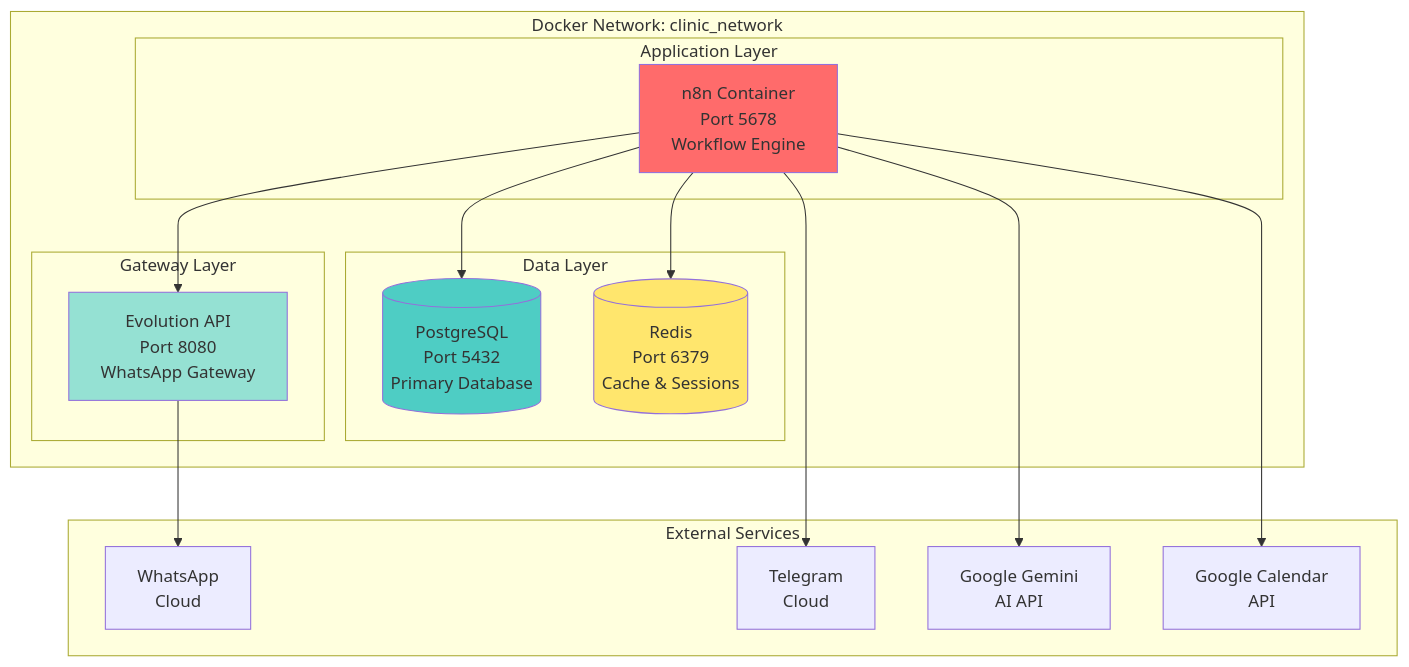
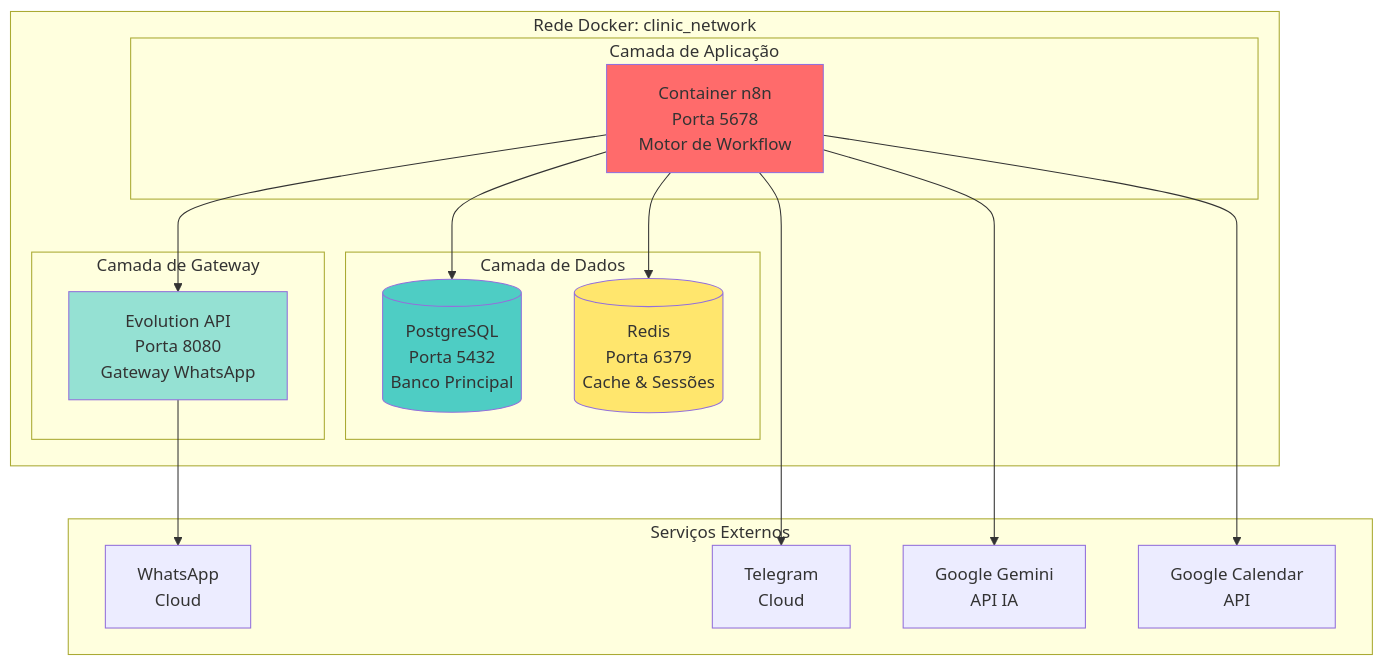
Before and after one commit to RenanLisboa8/n8n-clinic-multiagent: the second of 10 diagrams in docs/ARCHITECTURE.md, drawn with Mermaid. The commit also changed other lines of this file and 3 other files, not shown here.

First line of the commit message:
Translate architecture and deployment documentation to Portuguese

````diff
--- a/docs/ARCHITECTURE.md
+++ b/docs/ARCHITECTURE.md
@@ -77,37 +77,37 @@
 ```mermaid
 graph TB
-    subgraph "Docker Network: clinic_network"
-        subgraph "Application Layer"
-            N8N[n8n Container<br/>Port 5678<br/>Workflow Engine]
+    subgraph "Rede Docker: clinic_network"
+        subgraph "Camada de Aplicação"
+            N8N[Container n8n<br/>Porta 5678<br/>Motor de Workflow]
         end
         
-        subgraph "Data Layer"
-            PG[(PostgreSQL<br/>Port 5432<br/>Primary Database)]
-            REDIS[(Redis<br/>Port 6379<br/>Cache & Sessions)]
+        subgraph "Camada de Dados"
+            PG[(PostgreSQL<br/>Porta 5432<br/>Banco Principal)]
+            REDIS[(Redis<br/>Porta 6379<br/>Cache & Sessões)]
         end
         
-        subgraph "Gateway Layer"
-            EVO[Evolution API<br/>Port 8080<br/>WhatsApp Gateway]
+        subgraph "Camada de Gateway"
+            EVO[Evolution API<br/>Porta 8080<br/>Gateway WhatsApp]
         end
     end
     
-    subgraph "External Services"
+    subgraph "Serviços Externos"
         WA[WhatsApp<br/>Cloud]
         TG[Telegram<br/>Cloud]
-        GM[Google Gemini<br/>AI API]
+        GM[Google Gemini<br/>API IA]
         GC[Google Calendar<br/>API]
     end
     
     N8N --> PG
     N8N --> REDIS
     N8N --> EVO
     EVO --> WA
     N8N --> TG
     N8N --> GM
     N8N --> GC
     
     style N8N fill:#ff6b6b
     style PG fill:#4ecdc4
     style REDIS fill:#ffe66d
     style EVO fill:#95e1d3
 ```
````
